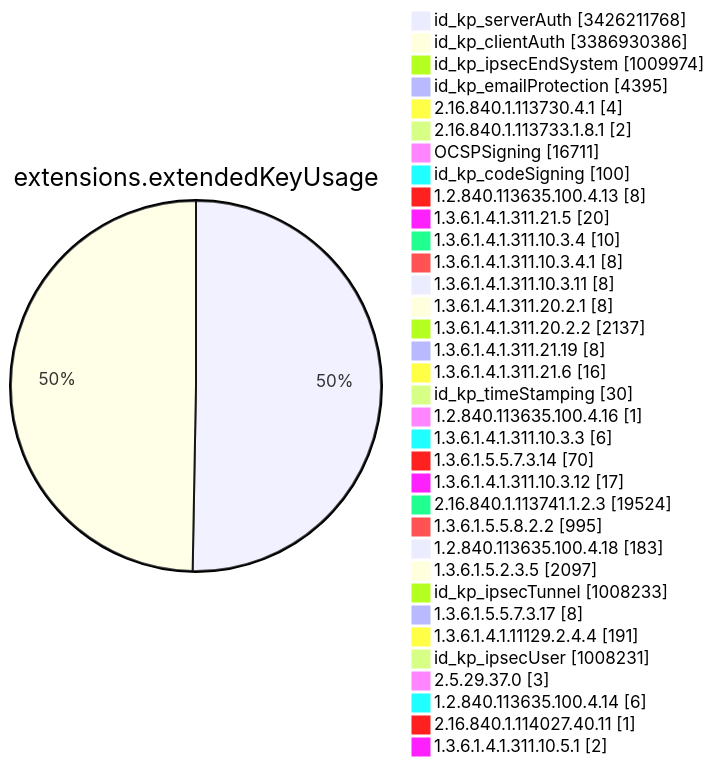
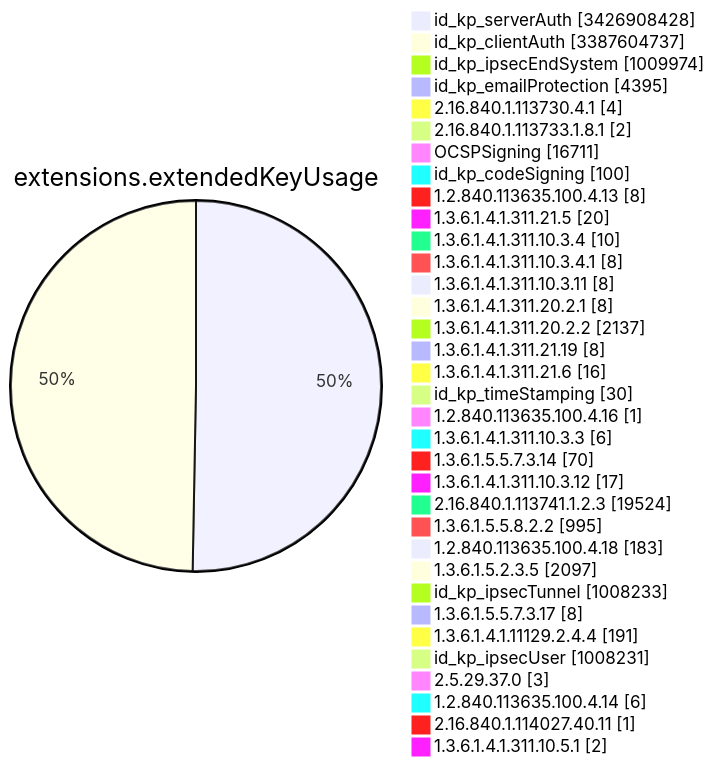
Diagram 11 of 15 in TOTAL/README.md (christiankrug/ctmonitor_visualization), drawn with Mermaid before and after one commit. The commit also changed other lines of this file, not shown here.

````diff
--- a/TOTAL/README.md
+++ b/TOTAL/README.md
@@ -4122,38 +4122,38 @@
 ```mermaid
 pie showData
 title extensions.extendedKeyUsage
-"id_kp_serverAuth" :3426211768
-"id_kp_clientAuth" :3386930386
+"id_kp_serverAuth" :3426908428
+"id_kp_clientAuth" :3387604737
 "id_kp_ipsecEndSystem" :1009974
 "id_kp_emailProtection" :4395
 "2.16.840.1.113730.4.1" :4
 "2.16.840.1.113733.1.8.1" :2
 "OCSPSigning" :16711
 "id_kp_codeSigning" :100
 "1.2.840.113635.100.4.13" :8
 "1.3.6.1.4.1.311.21.5" :20
 "1.3.6.1.4.1.311.10.3.4" :10
 "1.3.6.1.4.1.311.10.3.4.1" :8
 "1.3.6.1.4.1.311.10.3.11" :8
 "1.3.6.1.4.1.311.20.2.1" :8
 "1.3.6.1.4.1.311.20.2.2" :2137
 "1.3.6.1.4.1.311.21.19" :8
 "1.3.6.1.4.1.311.21.6" :16
 "id_kp_timeStamping" :30
 "1.2.840.113635.100.4.16" :1
 "1.3.6.1.4.1.311.10.3.3" :6
 "1.3.6.1.5.5.7.3.14" :70
 "1.3.6.1.4.1.311.10.3.12" :17
 "2.16.840.1.113741.1.2.3" :19524
 "1.3.6.1.5.5.8.2.2" :995
 "1.2.840.113635.100.4.18" :183
 "1.3.6.1.5.2.3.5" :2097
 "id_kp_ipsecTunnel" :1008233
 "1.3.6.1.5.5.7.3.17" :8
 "1.3.6.1.4.1.11129.2.4.4" :191
 "id_kp_ipsecUser" :1008231
 "2.5.29.37.0" :3
 "1.2.840.113635.100.4.14" :6
 "2.16.840.1.114027.40.11" :1
 "1.3.6.1.4.1.311.10.5.1" :2
 ```
````
